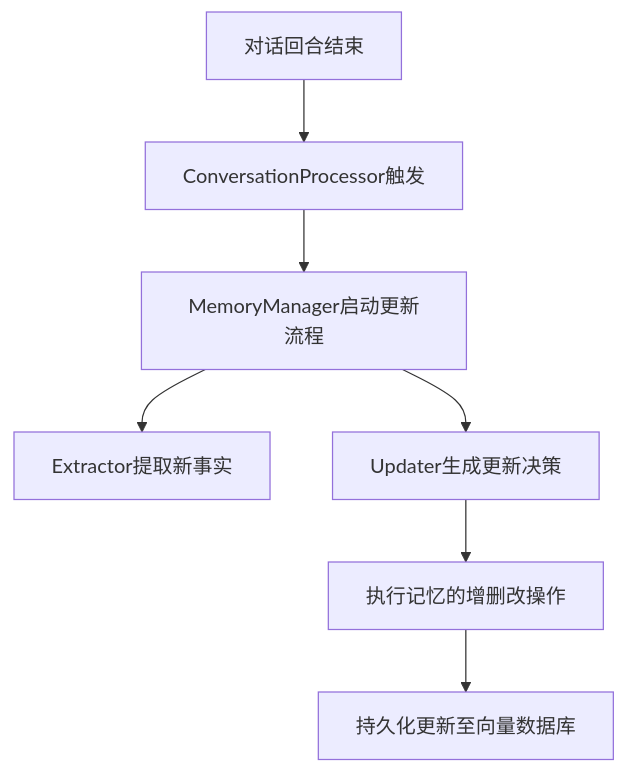
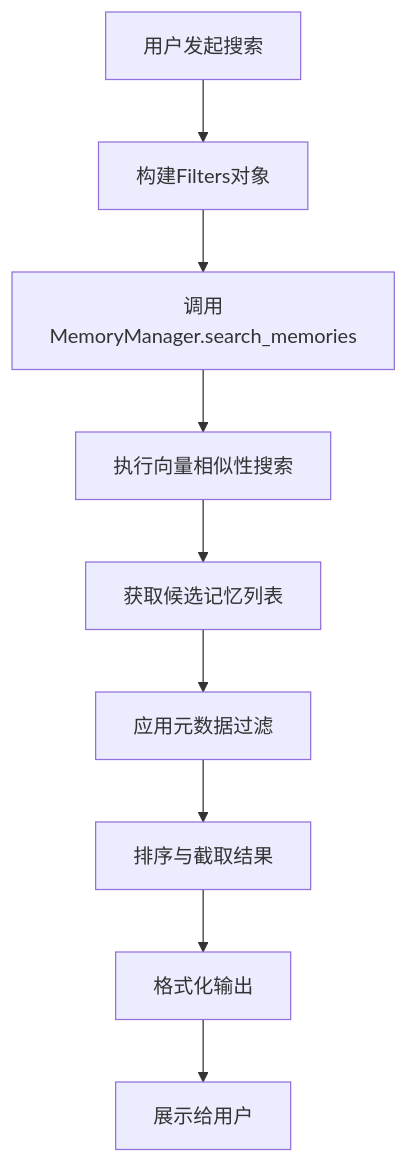
Before and after one commit to sopaco/cortex-mem: the third of 5 diagrams in litho.docs/3、工作流程.md, drawn with Mermaid. The commit also changed other lines of this file and 16 other files, not shown here.

````diff
--- a/litho.docs/3、工作流程.md
+++ b/litho.docs/3、工作流程.md
@@ -115,9 +146,11 @@
 ```mermaid
 graph TD
-    A[对话回合结束] --> B[ConversationProcessor触发]
-    B --> C[MemoryManager启动更新流程]
-    C --> D[Extractor提取新事实]
-    C --> E[Updater生成更新决策]
-    E --> F[执行记忆的增删改操作]
-    F --> G[持久化更新至向量数据库]
+    A[用户发起搜索] --> B[构建Filters对象]
+    B --> C[调用MemoryManager.search_memories]
+    C --> D[执行向量相似性搜索]
+    D --> E[获取候选记忆列表]
+    E --> F[应用元数据过滤]
+    F --> G[排序与截取结果]
+    G --> H[格式化输出]
+    H --> I[展示给用户]
 ```
````
